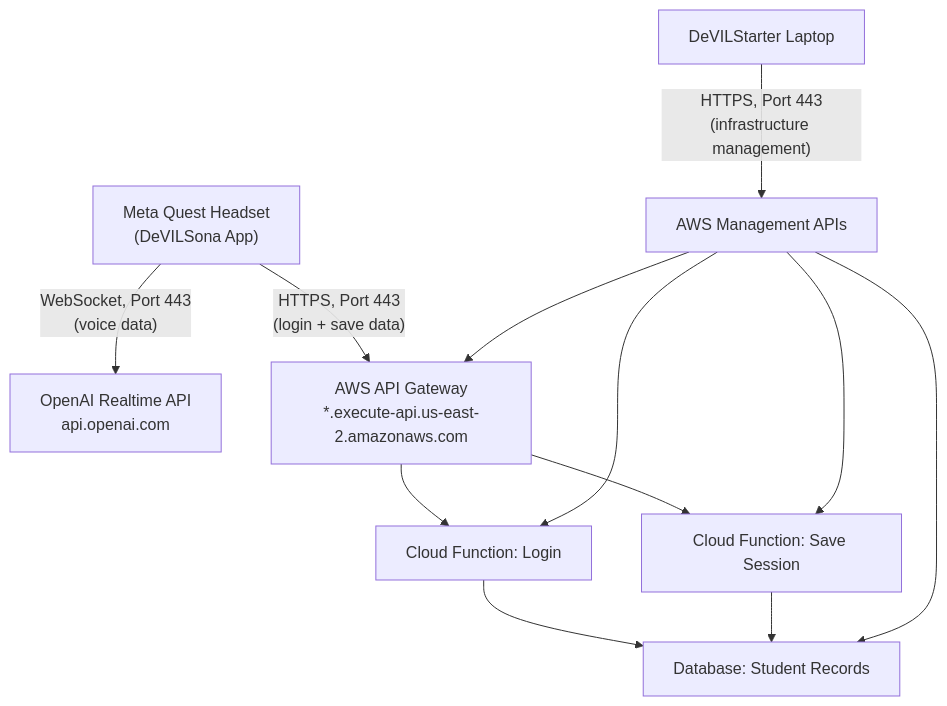
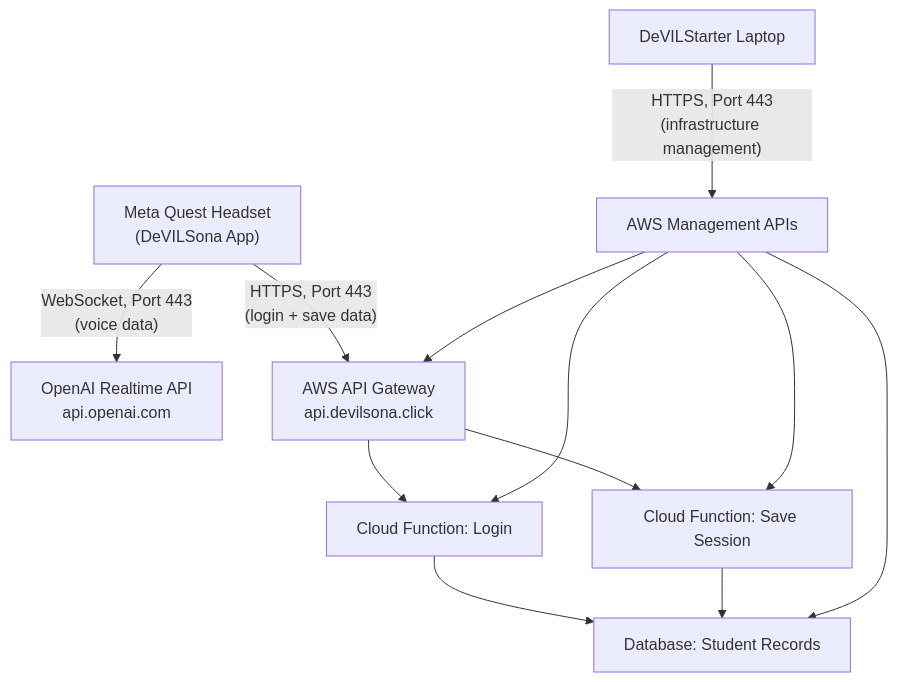
One commit to FSE100Capstone/DeVILSona-docs changed the third of 3 diagrams in docs/educator-guide/how-devilsona-works.md. Above: the diagram before and after it, drawn with Mermaid. The commit also changed other lines of this file and 5 other files, not shown here.

````diff
--- a/docs/educator-guide/how-devilsona-works.md
+++ b/docs/educator-guide/how-devilsona-works.md
@@ -86,14 +86,14 @@
 ```mermaid
 graph TD
     A["Meta Quest Headset<br/>(DeVILSona App)"] -->|"WebSocket, Port 443<br/>(voice data)"| B["OpenAI Realtime API<br/>api.openai.com"]
-    A -->|"HTTPS, Port 443<br/>(login + save data)"| C["AWS API Gateway<br/>*.execute-api.us-east-2.amazonaws.com"]
+    A -->|"HTTPS, Port 443<br/>(login + save data)"| C["AWS API Gateway<br/>api.devilsona.click"]
     C --> D["Cloud Function: Login"]
     C --> E["Cloud Function: Save Session"]
     D --> F["Database: Student Records"]
     E --> F
     G["DeVILStarter Laptop"] -->|"HTTPS, Port 443<br/>(infrastructure management)"| H["AWS Management APIs"]
     H --> C
     H --> D
     H --> E
     H --> F
 ```
````
